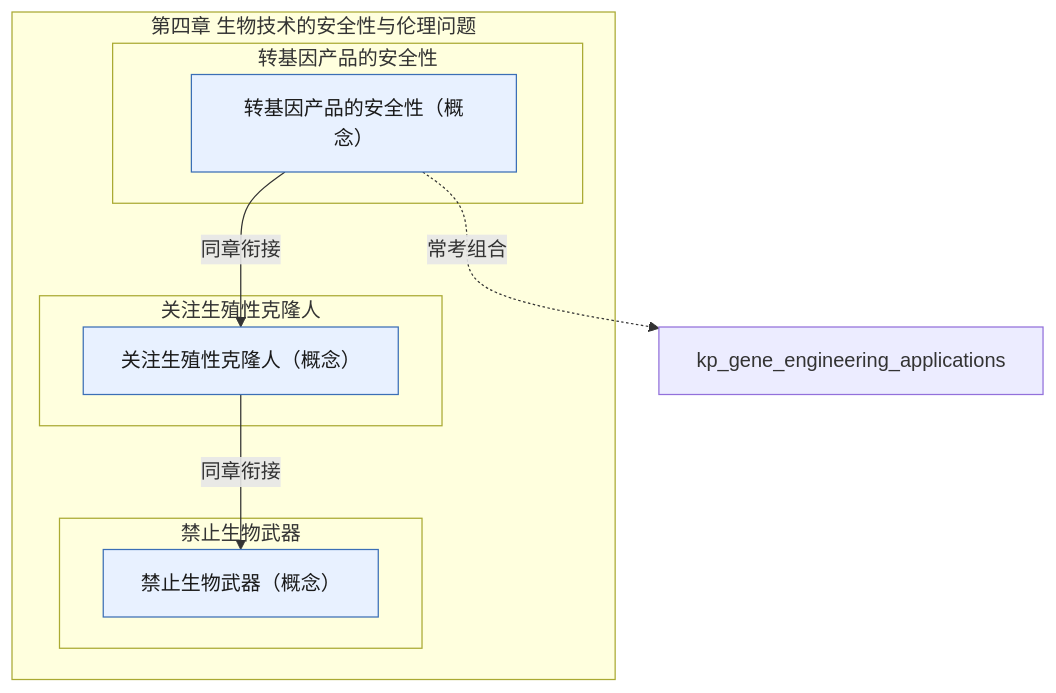
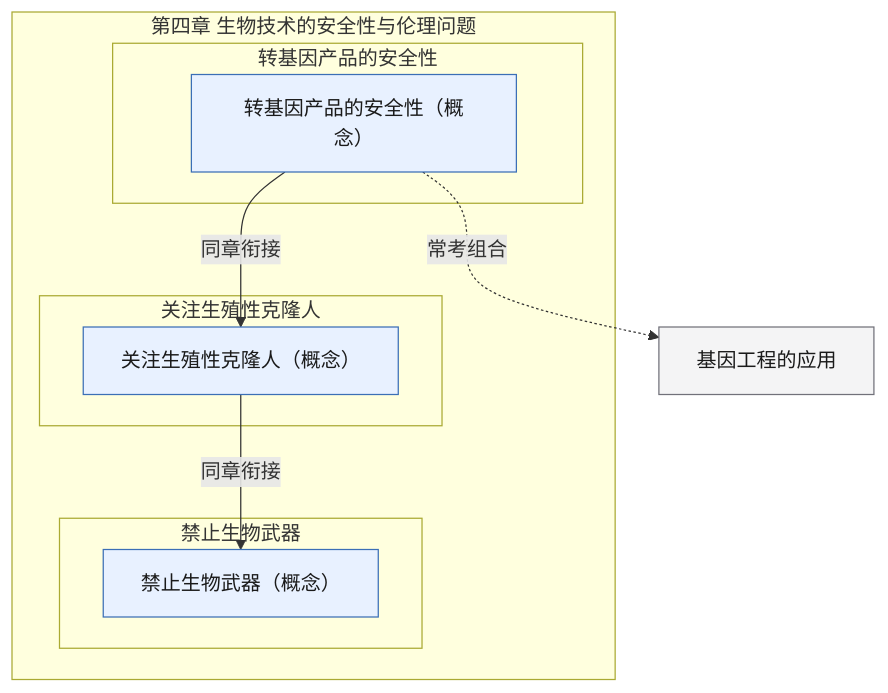
One commit to lihenair/high-school-ai-tutor-skill changed the diagram in skills/high-school-ai-tutor/references/pep-bio-xbx3-ch4.md. Above: the diagram before and after it, drawn with Mermaid. The commit also changed 20 other files, not shown here.

Commit message:
feat(graph): 跨章常考组合渲染为中文显示名（灰色外部节点），不再显示英文代号

````diff
--- a/skills/high-school-ai-tutor/references/pep-bio-xbx3-ch4.md
+++ b/skills/high-school-ai-tutor/references/pep-bio-xbx3-ch4.md
@@ -5,21 +5,21 @@
 ```mermaid
 flowchart TD
   classDef concept fill:#E8F1FF,stroke:#3B6FB6,color:#1A1A1A
   classDef skill fill:#E7F6EE,stroke:#2E7D4F,color:#1A1A1A
   classDef experiment fill:#FFF4E5,stroke:#C47B17,color:#1A1A1A
   classDef later fill:#F4F4F5,stroke:#71717A,color:#1A1A1A
   subgraph ch["第四章 生物技术的安全性与伦理问题"]
     subgraph s1["转基因产品的安全性"]
       kp_gmo_safety["转基因产品的安全性（概念）"]:::concept
     end
     subgraph s2["关注生殖性克隆人"]
       kp_cloning_ethics["关注生殖性克隆人（概念）"]:::concept
     end
     subgraph s3["禁止生物武器"]
       kp_biological_weapons["禁止生物武器（概念）"]:::concept
     end
   end
   kp_gmo_safety -->|同章衔接| kp_cloning_ethics
   kp_cloning_ethics -->|同章衔接| kp_biological_weapons
-  kp_gmo_safety -.->|常考组合| kp_gene_engineering_applications
+  kp_gmo_safety -.->|常考组合| kp_gene_engineering_applications["基因工程的应用"]:::later
 ```
````
